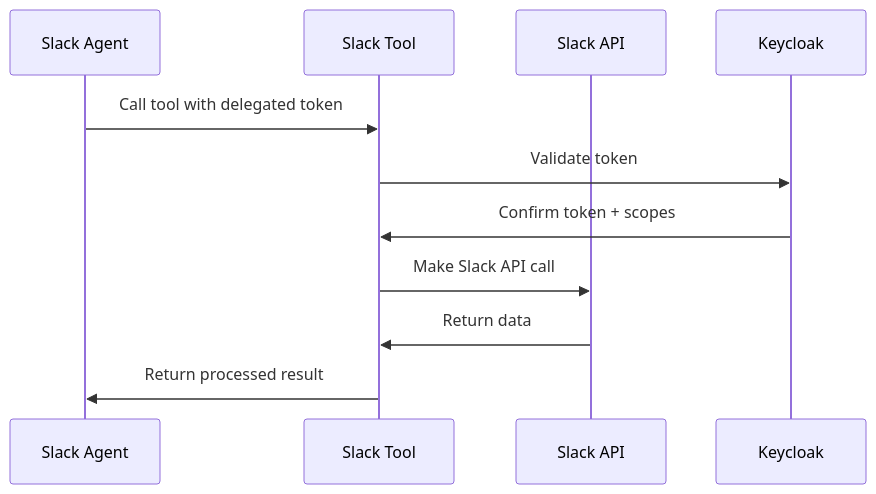
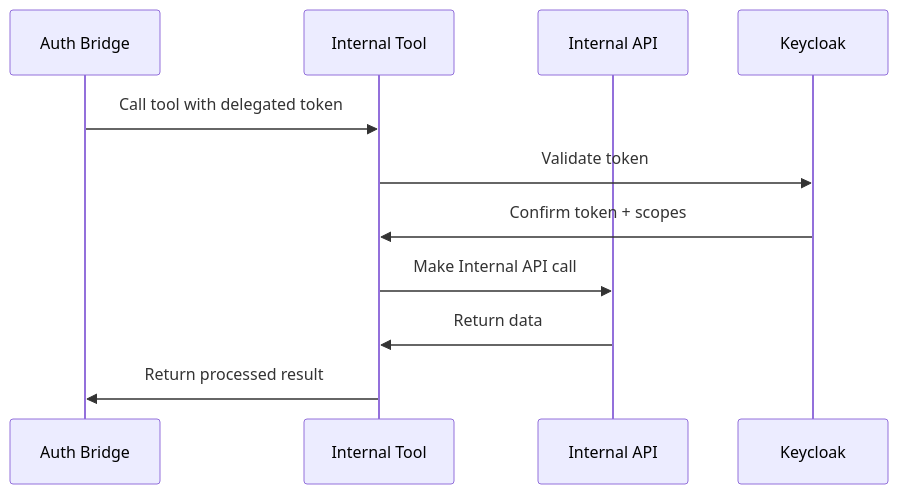
One commit to pdettori/kagenti changed the third of 5 diagrams in docs/demo-identity.md. Above: the diagram before and after it, drawn with Mermaid. The commit also changed other lines of this file and 10 other files, not shown here.

````diff
--- a/docs/demo-identity.md
+++ b/docs/demo-identity.md
@@ -337,14 +340,14 @@
 ```mermaid
 sequenceDiagram
-    participant Agent as Slack Agent
-    participant Tool as Slack Tool
-    participant API as Slack API
+    participant Agent as Auth Bridge
+    participant Tool as Internal Tool
+    participant API as Internal API
     participant KC as Keycloak
     
     Agent->>Tool: Call tool with delegated token
     Tool->>KC: Validate token
     KC->>Tool: Confirm token + scopes
-    Tool->>API: Make Slack API call
+    Tool->>API: Make Internal API call
     API->>Tool: Return data
     Tool->>Agent: Return processed result
 ```
````
